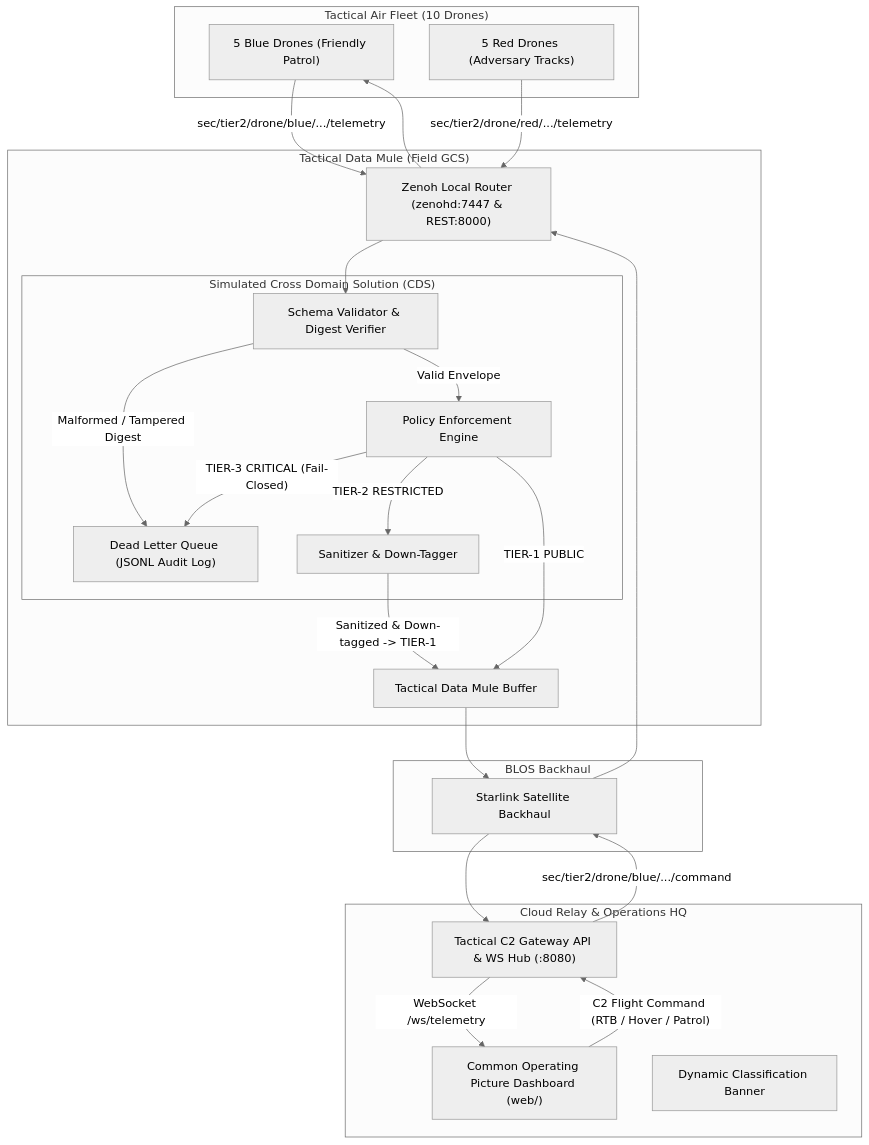
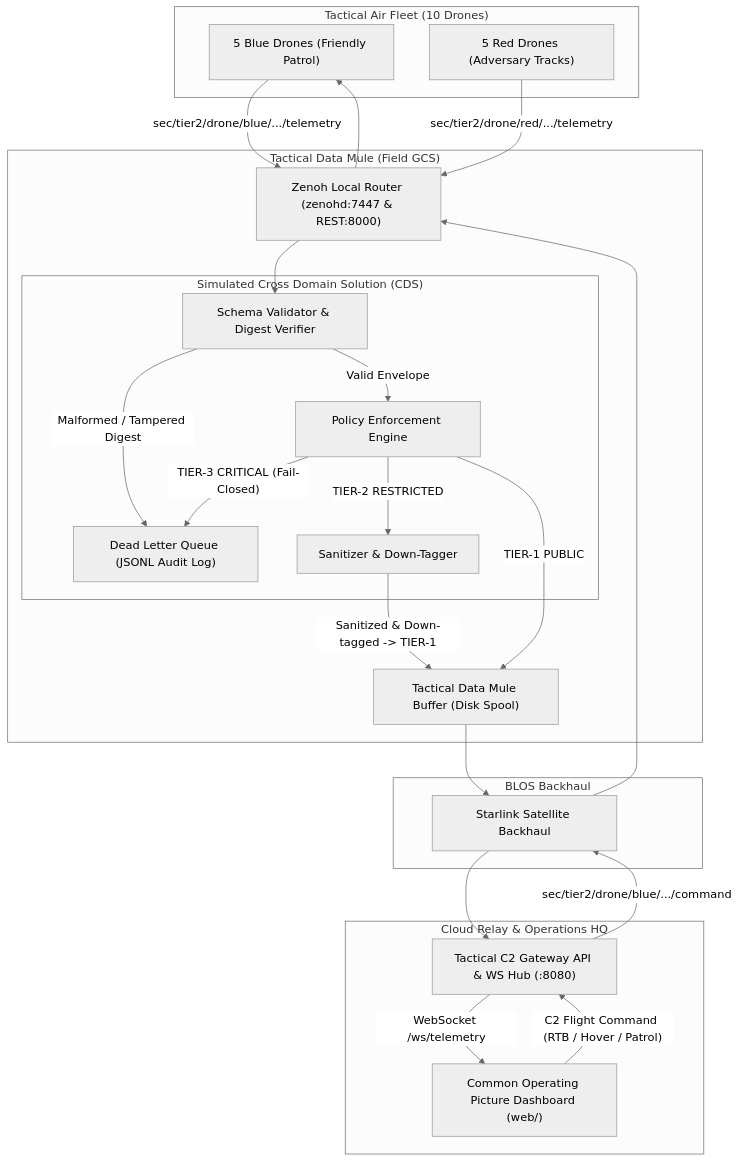
The diagram in README.md (matteus8/blue-polar-bear), drawn with Mermaid (neutral theme) before and after one commit. The commit also changed other lines of this file and 1 other file, not shown here.

````diff
--- a/README.md
+++ b/README.md
@@ -81,45 +83,44 @@
 ```mermaid
 flowchart TD
     subgraph TacticalEdge["Tactical Air Fleet (10 Drones)"]
         BLUE["5 Blue Drones (Friendly Patrol)"]
         RED["5 Red Drones (Adversary Tracks)"]
     end
 
     subgraph DataMule["Tactical Data Mule (Field GCS)"]
         ZR["Zenoh Local Router (zenohd:7447 & REST:8000)"]
         subgraph CDSGuard["Simulated Cross Domain Solution (CDS)"]
             SV["Schema Validator & Digest Verifier"]
             PE["Policy Enforcement Engine"]
             SR["Sanitizer & Down-Tagger"]
             DLQ["Dead Letter Queue (JSONL Audit Log)"]
         end
-        BUFFER["Tactical Data Mule Buffer"]
+        BUFFER["Tactical Data Mule Buffer (Disk Spool)"]
     end
 
     subgraph SatcomLink["BLOS Backhaul"]
         STARLINK["Starlink Satellite Backhaul"]
     end
 
     subgraph CloudEnterprise["Cloud Relay & Operations HQ"]
         C2_GW["Tactical C2 Gateway API & WS Hub (:8080)"]
         COP["Common Operating Picture Dashboard (web/)"]
-        BANNER["Dynamic Classification Banner"]
     end
 
     BLUE -->|"sec/tier2/drone/blue/.../telemetry"| ZR
     RED -->|"sec/tier2/drone/red/.../telemetry"| ZR
     ZR --> SV
     SV -->|"Malformed / Tampered Digest"| DLQ
     SV -->|"Valid Envelope"| PE
     PE -->|"TIER-3 CRITICAL (Fail-Closed)"| DLQ
     PE -->|"TIER-2 RESTRICTED"| SR
     PE -->|"TIER-1 PUBLIC"| BUFFER
     SR -->|"Sanitized & Down-tagged -> TIER-1"| BUFFER
     BUFFER --> STARLINK
     STARLINK --> C2_GW
     C2_GW -->|"WebSocket /ws/telemetry"| COP
     COP -->|"C2 Flight Command (RTB / Hover / Patrol)"| C2_GW
     C2_GW -->|"sec/tier2/drone/blue/.../command"| STARLINK
     STARLINK --> ZR
     ZR --> BLUE
 ```
````
